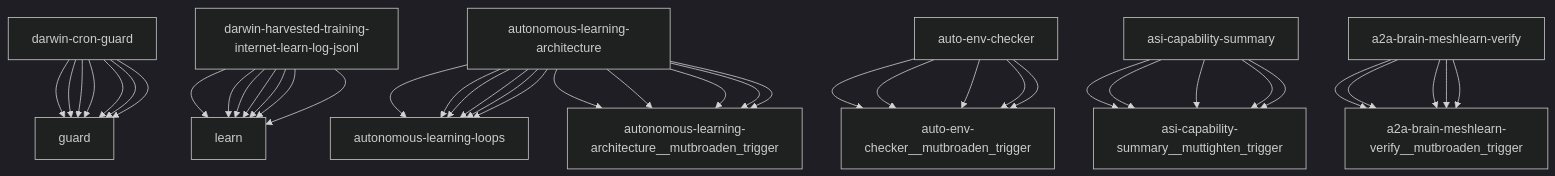
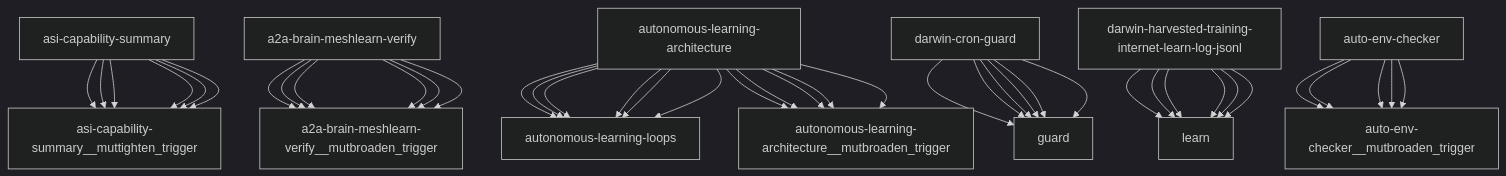
Before and after one commit to openamer/openamer: the diagram in reports/darwin-report.md, drawn with Mermaid (dark theme). The commit also changed other lines of this file and 10 other files, not shown here.

````diff
--- a/reports/darwin-report.md
+++ b/reports/darwin-report.md
@@ -69,43 +69,43 @@
 ```mermaid
 graph TD
-    darwin-cron-guard["darwin-cron-guard"] --> guard["guard"]
-    darwin-harvested-training-internet-learn-log-jsonl["darwin-harvested-training-internet-learn-log-jsonl"] --> learn["learn"]
+    asi-capability-summary["asi-capability-summary"] --> asi-capability-summary__muttighten_trigger["asi-capability-summary__muttighten_trigger"]
+    a2a-brain-meshlearn-verify["a2a-brain-meshlearn-verify"] --> a2a-brain-meshlearn-verify__mutbroaden_trigger["a2a-brain-meshlearn-verify__mutbroaden_trigger"]
     autonomous-learning-architecture["autonomous-learning-architecture"] --> autonomous-learning-loops["autonomous-learning-loops"]
     darwin-cron-guard["darwin-cron-guard"] --> guard["guard"]
     darwin-harvested-training-internet-learn-log-jsonl["darwin-harvested-training-internet-learn-log-jsonl"] --> learn["learn"]
     autonomous-learning-architecture["autonomous-learning-architecture"] --> autonomous-learning-architecture__mutbroaden_trigger["autonomous-learning-architecture__mutbroaden_trigger"]
     auto-env-checker["auto-env-checker"] --> auto-env-checker__mutbroaden_trigger["auto-env-checker__mutbroaden_trigger"]
     asi-capability-summary["asi-capability-summary"] --> asi-capability-summary__muttighten_trigger["asi-capability-summary__muttighten_trigger"]
     a2a-brain-meshlearn-verify["a2a-brain-meshlearn-verify"] --> a2a-brain-meshlearn-verify__mutbroaden_trigger["a2a-brain-meshlearn-verify__mutbroaden_trigger"]
     autonomous-learning-architecture["autonomous-learning-architecture"] --> autonomous-learning-loops["autonomous-learning-loops"]
     darwin-cron-guard["darwin-cron-guard"] --> guard["guard"]
     darwin-harvested-training-internet-learn-log-jsonl["darwin-harvested-training-internet-learn-log-jsonl"] --> learn["learn"]
     autonomous-learning-architecture["autonomous-learning-architecture"] --> autonomous-learning-architecture__mutbroaden_trigger["autonomous-learning-architecture__mutbroaden_trigger"]
     auto-env-checker["auto-env-checker"] --> auto-env-checker__mutbroaden_trigger["auto-env-checker__mutbroaden_trigger"]
     asi-capability-summary["asi-capability-summary"] --> asi-capability-summary__muttighten_trigger["asi-capability-summary__muttighten_trigger"]
     a2a-brain-meshlearn-verify["a2a-brain-meshlearn-verify"] --> a2a-brain-meshlearn-verify__mutbroaden_trigger["a2a-brain-meshlearn-verify__mutbroaden_trigger"]
     autonomous-learning-architecture["autonomous-learning-architecture"] --> autonomous-learning-loops["autonomous-learning-loops"]
     darwin-cron-guard["darwin-cron-guard"] --> guard["guard"]
     darwin-harvested-training-internet-learn-log-jsonl["darwin-harvested-training-internet-learn-log-jsonl"] --> learn["learn"]
     autonomous-learning-architecture["autonomous-learning-architecture"] --> autonomous-learning-architecture__mutbroaden_trigger["autonomous-learning-architecture__mutbroaden_trigger"]
     auto-env-checker["auto-env-checker"] --> auto-env-checker__mutbroaden_trigger["auto-env-checker__mutbroaden_trigger"]
     asi-capability-summary["asi-capability-summary"] --> asi-capability-summary__muttighten_trigger["asi-capability-summary__muttighten_trigger"]
     a2a-brain-meshlearn-verify["a2a-brain-meshlearn-verify"] --> a2a-brain-meshlearn-verify__mutbroaden_trigger["a2a-brain-meshlearn-verify__mutbroaden_trigger"]
     autonomous-learning-architecture["autonomous-learning-architecture"] --> autonomous-learning-loops["autonomous-learning-loops"]
     darwin-cron-guard["darwin-cron-guard"] --> guard["guard"]
     darwin-harvested-training-internet-learn-log-jsonl["darwin-harvested-training-internet-learn-log-jsonl"] --> learn["learn"]
     autonomous-learning-architecture["autonomous-learning-architecture"] --> autonomous-learning-architecture__mutbroaden_trigger["autonomous-learning-architecture__mutbroaden_trigger"]
     auto-env-checker["auto-env-checker"] --> auto-env-checker__mutbroaden_trigger["auto-env-checker__mutbroaden_trigger"]
     asi-capability-summary["asi-capability-summary"] --> asi-capability-summary__muttighten_trigger["asi-capability-summary__muttighten_trigger"]
     a2a-brain-meshlearn-verify["a2a-brain-meshlearn-verify"] --> a2a-brain-meshlearn-verify__mutbroaden_trigger["a2a-brain-meshlearn-verify__mutbroaden_trigger"]
     autonomous-learning-architecture["autonomous-learning-architecture"] --> autonomous-learning-loops["autonomous-learning-loops"]
     darwin-cron-guard["darwin-cron-guard"] --> guard["guard"]
     darwin-harvested-training-internet-learn-log-jsonl["darwin-harvested-training-internet-learn-log-jsonl"] --> learn["learn"]
     autonomous-learning-architecture["autonomous-learning-architecture"] --> autonomous-learning-architecture__mutbroaden_trigger["autonomous-learning-architecture__mutbroaden_trigger"]
     auto-env-checker["auto-env-checker"] --> auto-env-checker__mutbroaden_trigger["auto-env-checker__mutbroaden_trigger"]
     asi-capability-summary["asi-capability-summary"] --> asi-capability-summary__muttighten_trigger["asi-capability-summary__muttighten_trigger"]
     a2a-brain-meshlearn-verify["a2a-brain-meshlearn-verify"] --> a2a-brain-meshlearn-verify__mutbroaden_trigger["a2a-brain-meshlearn-verify__mutbroaden_trigger"]
     autonomous-learning-architecture["autonomous-learning-architecture"] --> autonomous-learning-loops["autonomous-learning-loops"]
     darwin-cron-guard["darwin-cron-guard"] --> guard["guard"]
     darwin-harvested-training-internet-learn-log-jsonl["darwin-harvested-training-internet-learn-log-jsonl"] --> learn["learn"]
 ```
````
